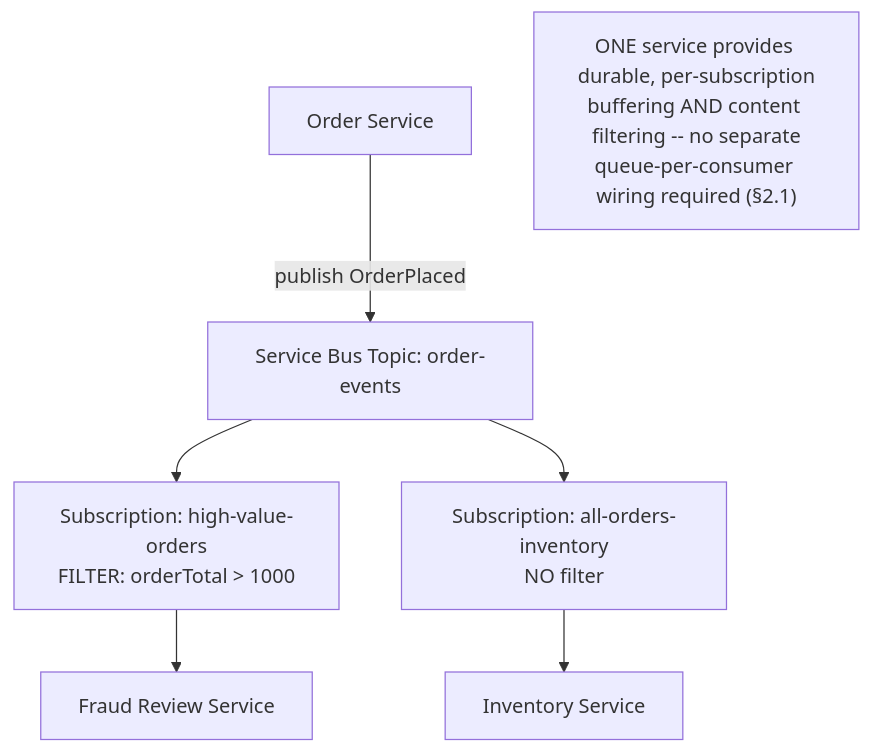
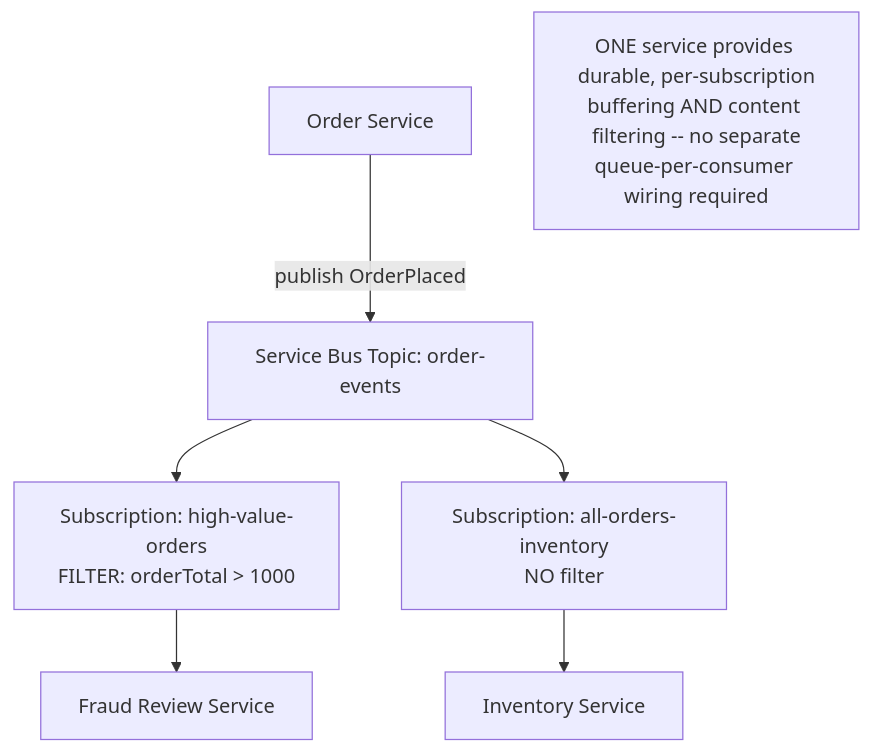
The first of 2 diagrams in 22-Azure/06-Messaging-ServiceBus-EventGrid-EventHubs.md (umashankarp/InterviewQuestions), drawn with Mermaid before and after one commit. The commit also changed other lines of this file and 173 other files, not shown here.

````diff
--- a/22-Azure/06-Messaging-ServiceBus-EventGrid-EventHubs.md
+++ b/22-Azure/06-Messaging-ServiceBus-EventGrid-EventHubs.md
@@ -57,9 +57,9 @@
 ```mermaid
 graph TB
-    Producer[Order Service] -->|publish OrderPlaced| Topic[Service Bus Topic: order-events]
-    Topic --> Sub1["Subscription: high-value-orders<br/>FILTER: orderTotal > 1000"]
-    Topic --> Sub2["Subscription: all-orders-inventory<br/>NO filter"]
-    Sub1 --> FraudReview[Fraud Review Service]
-    Sub2 --> Inventory[Inventory Service]
-    Note["ONE service provides durable, per-subscription<br/>buffering AND content filtering -- no separate<br/>queue-per-consumer wiring required (§2.1)"]
+ Producer[Order Service] -->|publish OrderPlaced| Topic[Service Bus Topic: order-events]
+ Topic --> Sub1["Subscription: high-value-orders<br/>FILTER: orderTotal > 1000"]
+ Topic --> Sub2["Subscription: all-orders-inventory<br/>NO filter"]
+ Sub1 --> FraudReview[Fraud Review Service]
+ Sub2 --> Inventory[Inventory Service]
+ Note["ONE service provides durable, per-subscription<br/>buffering AND content filtering -- no separate<br/>queue-per-consumer wiring required"]
 ```
````
